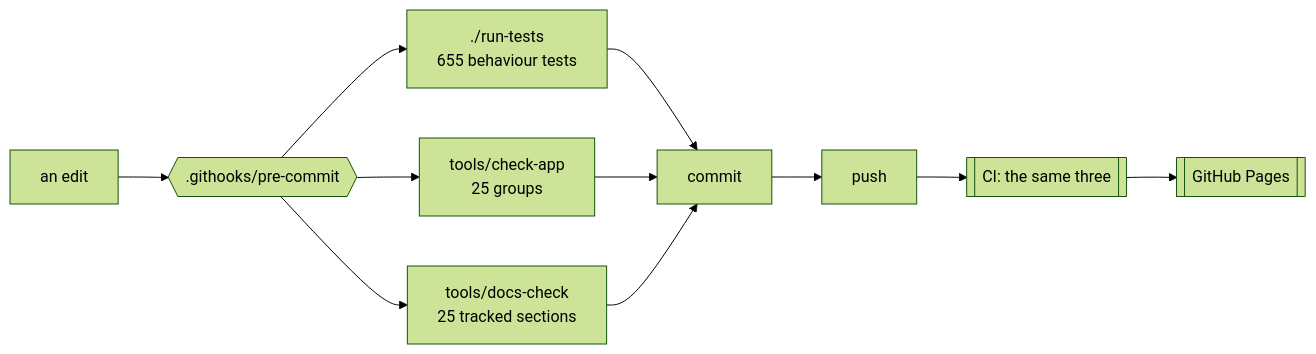
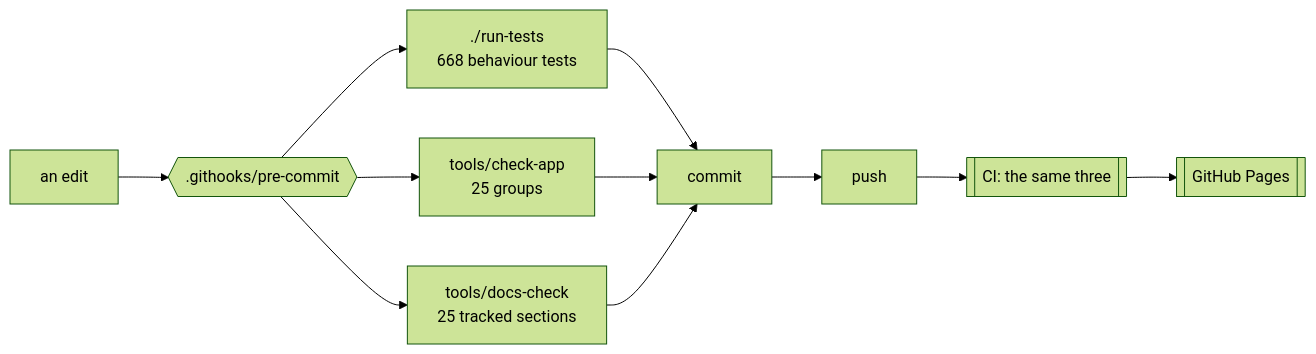
One commit to minormending/crystal-pilot-mobile changed the first of 2 diagrams in docs/DEVELOPING.md. Above: the diagram before and after it, drawn with Mermaid (forest theme). The commit also changed other lines of this file and 2 other files, not shown here.

````diff
--- a/docs/DEVELOPING.md
+++ b/docs/DEVELOPING.md
@@ -15,12 +15,12 @@
 ```mermaid
 flowchart LR
     E[an edit] --> H{{".githooks/pre-commit"}}
-    H --> T["./run-tests<br/>655 behaviour tests"]
+    H --> T["./run-tests<br/>668 behaviour tests"]
     H --> C["tools/check-app<br/>25 groups"]
     H --> D["tools/docs-check<br/>25 tracked sections"]
     T --> OK[commit]
     C --> OK
     D --> OK
     OK --> P[push] --> CI[["CI: the same three"]]
     CI --> PG[[GitHub Pages]]
 ```
````
